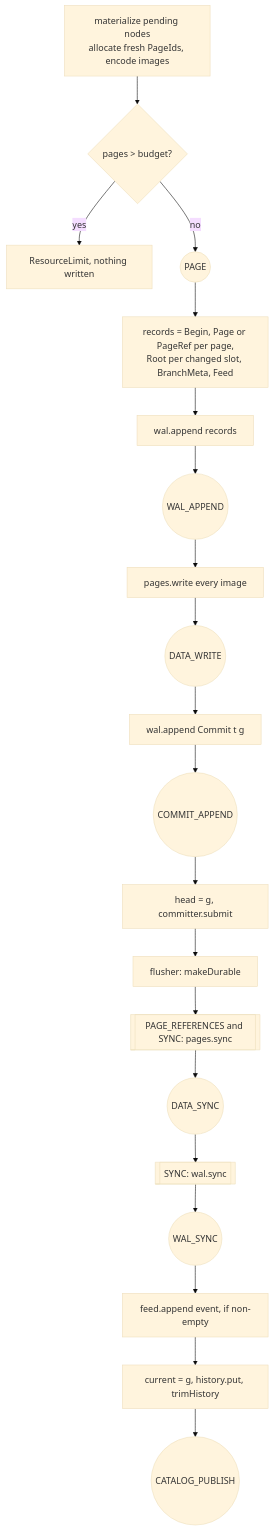
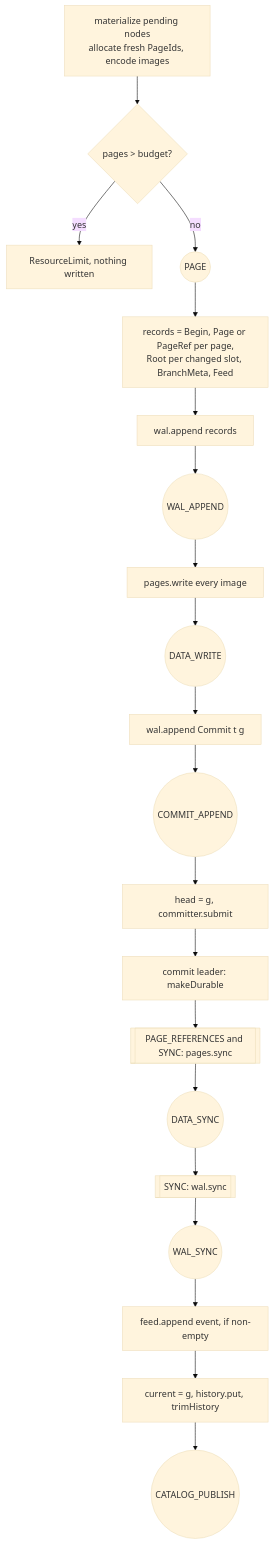
The first of 2 diagrams in docs/transactions/wal-and-recovery.md (metacoglabs/hypergraph), drawn with Mermaid (base theme) before and after one commit. The commit also changed other lines of this file and 5 other files, not shown here.

````diff
--- a/docs/transactions/wal-and-recovery.md
+++ b/docs/transactions/wal-and-recovery.md
@@ -132,22 +132,22 @@
 ```mermaid
 flowchart TD
     A[materialize pending nodes<br/>allocate fresh PageIds, encode images] --> B{pages > budget?}
     B -- yes --> X[ResourceLimit, nothing written]
     B -- no --> P((PAGE))
     P --> R[records = Begin, Page or PageRef per page,<br/>Root per changed slot, BranchMeta, Feed]
     R --> W1[wal.append records]
     W1 --> WA((WAL_APPEND))
     WA --> D[pages.write every image]
     D --> DW((DATA_WRITE))
     DW --> C[wal.append Commit t g]
     C --> CA((COMMIT_APPEND))
     CA --> H[head = g, committer.submit]
-    H --> F[flusher: makeDurable]
+    H --> F[commit leader: makeDurable]
     F --> DS[[PAGE_REFERENCES and SYNC: pages.sync]]
     DS --> DSP((DATA_SYNC))
     DSP --> WS[[SYNC: wal.sync]]
     WS --> WSP((WAL_SYNC))
     WSP --> FD[feed.append event, if non-empty]
     FD --> PUB[current = g, history.put, trimHistory]
     PUB --> CP((CATALOG_PUBLISH))
 ```
````
